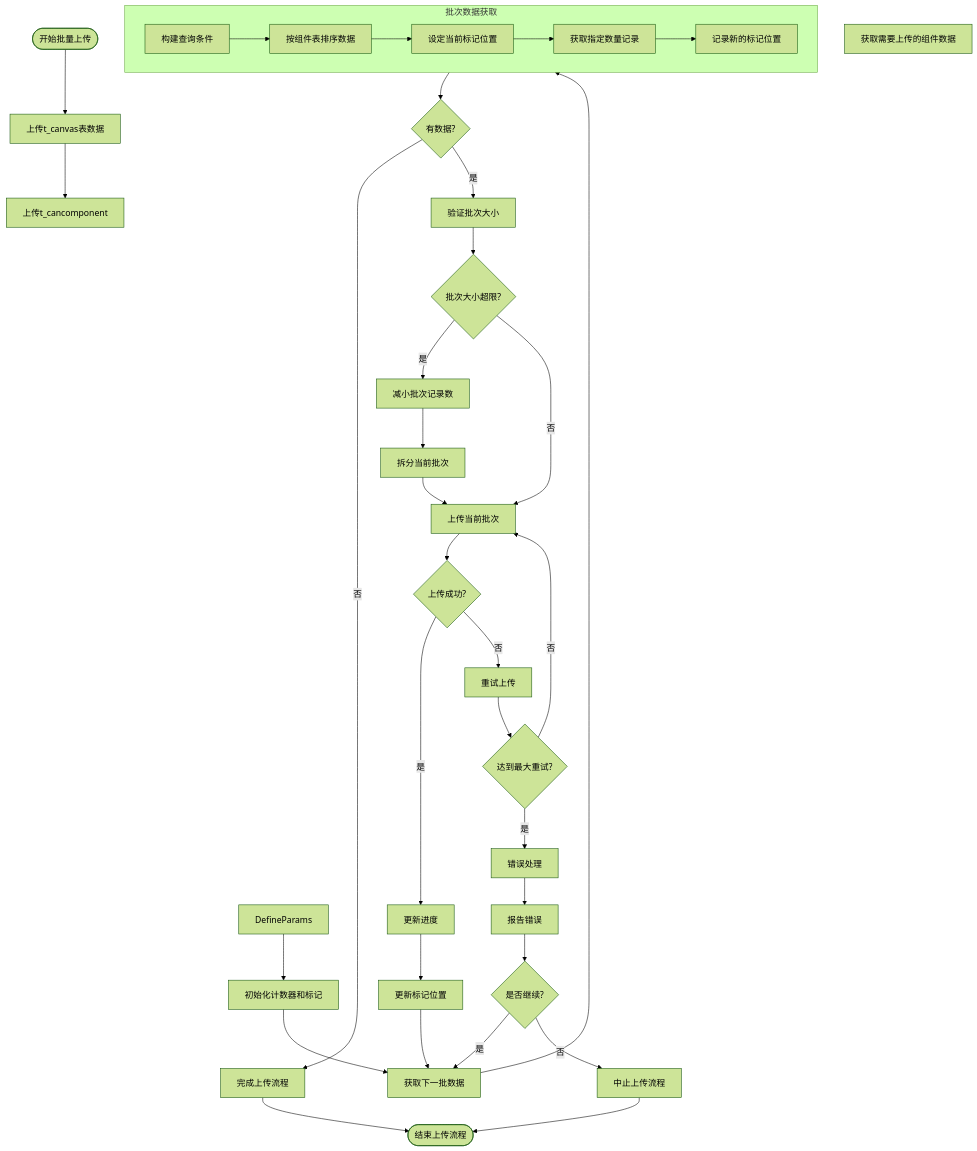
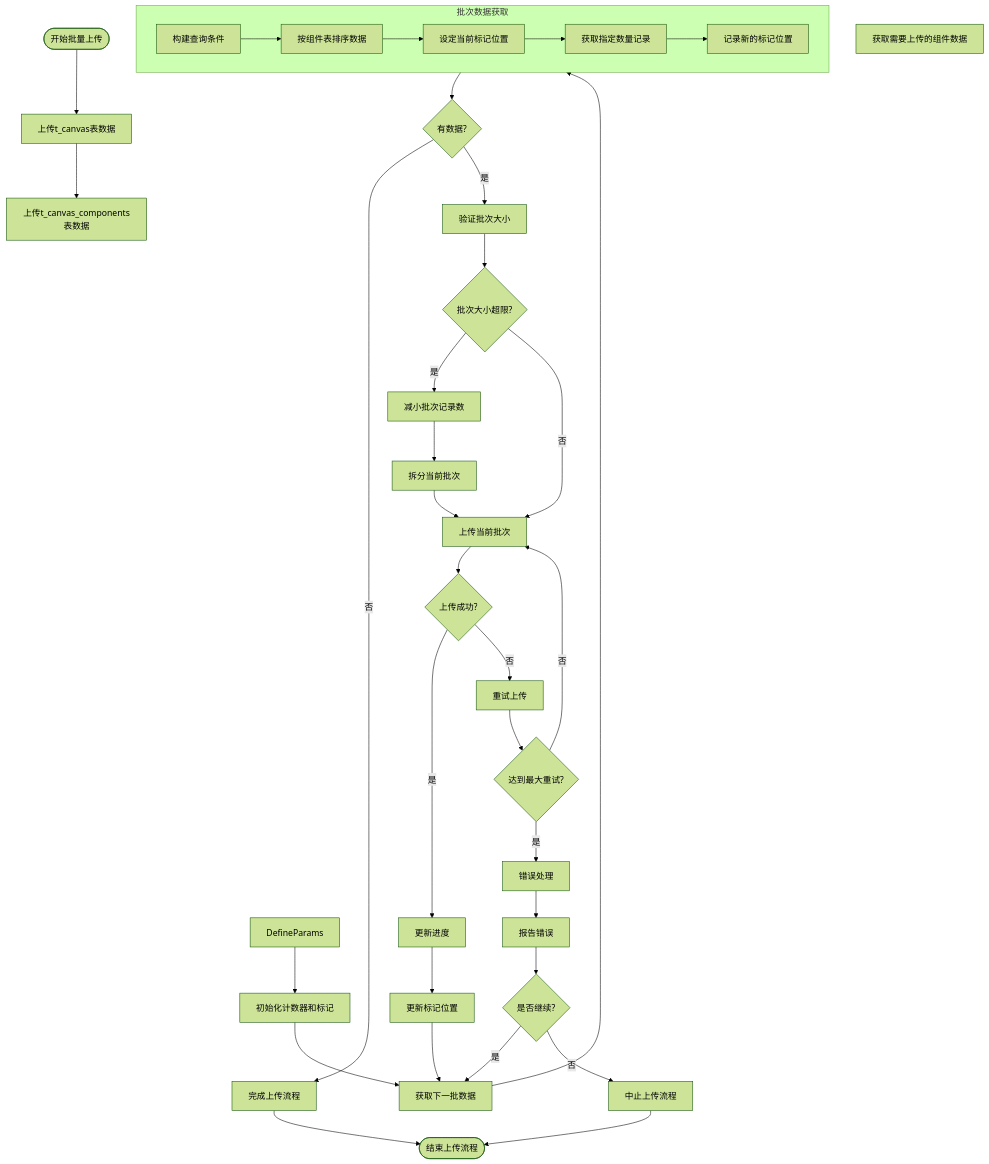
The diagram in all/未命名-51.md (yingjianzh/iodraw-files), drawn with Mermaid (forest theme) before and after one commit.

Commit message:
2025-05-08 17:23:44 update

````diff
--- a/all/未命名-51.md
+++ b/all/未命名-51.md
@@ -1,49 +1,49 @@
 ```mermaid
 flowchart TD
     Start([开始批量上传]) --> UploadSpaceData[上传t_canvas表数据]
-    UploadSpaceData --> UploadComponentListData[上传t_cancomponent]
+    UploadSpaceData --> UploadComponentListData[上传t_canvas_components表数据]
     
     UploadData[获取需要上传的组件数据]
     DefineParams --> InitCounters[初始化计数器和标记]
     
     InitCounters --> FetchNextBatch[获取下一批数据]
     
     subgraph BatchFetch [批次数据获取]
         A[构建查询条件] --> B[按组件表排序数据]
         B --> C[设定当前标记位置]
         C --> D[获取指定数量记录]
         D --> E[记录新的标记位置]
     end
     
     FetchNextBatch --> BatchFetch
     
     BatchFetch --> CheckResults{有数据?}
     CheckResults -->|否| CompleteUpload[完成上传流程]
     CheckResults -->|是| ValidateBatch[验证批次大小]
     
     ValidateBatch --> SizeTooLarge{批次大小超限?}
     SizeTooLarge -->|是| AdjustBatchSize[减小批次记录数]
     SizeTooLarge -->|否| UploadBatch[上传当前批次]
     
     AdjustBatchSize --> SplitBatch[拆分当前批次]
     SplitBatch --> UploadBatch
     
     UploadBatch --> UploadSuccess{上传成功?}
     UploadSuccess -->|是| UpdateProgress[更新进度]
     UploadSuccess -->|否| RetryUpload[重试上传]
     
     RetryUpload --> MaxRetries{达到最大重试?}
     MaxRetries -->|否| UploadBatch
     MaxRetries -->|是| ErrorHandling[错误处理]
     
     ErrorHandling --> ReportError[报告错误]
     ReportError --> ContinueOption{是否继续?}
     ContinueOption -->|是| FetchNextBatch
     ContinueOption -->|否| AbortProcess[中止上传流程]
     
     UpdateProgress --> UpdateMarker[更新标记位置]
     UpdateMarker --> FetchNextBatch
     
     CompleteUpload --> End([结束上传流程])
     AbortProcess --> End
 ```
````
